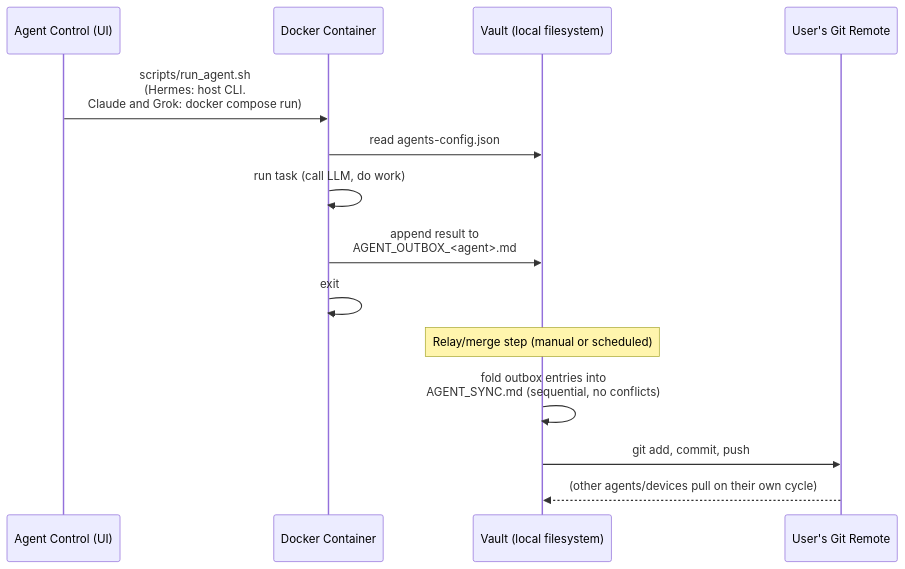
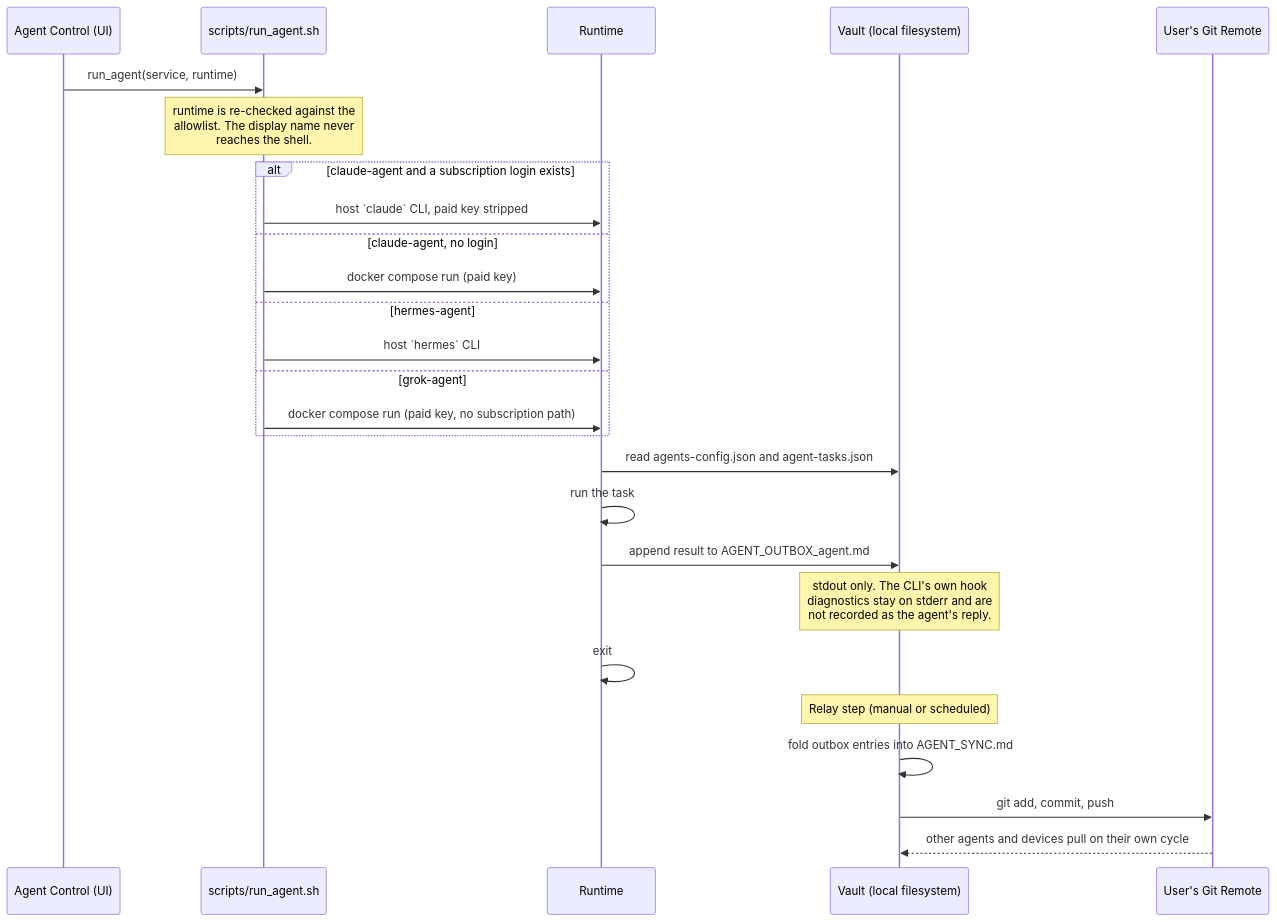
Before and after one commit to jacobcowanr/ValhallaAI: the fourth of 7 diagrams in ARCHITECTURE.md, drawn with Mermaid. The commit also changed other lines of this file and 2 other files, not shown here.

First line of the commit message:
Documentation brought current, with diagrams

````diff
--- a/ARCHITECTURE.md
+++ b/ARCHITECTURE.md
@@ -276,18 +319,30 @@
 ```mermaid
 sequenceDiagram
     participant AC as Agent Control (UI)
-    participant D as Docker Container
+    participant S as scripts/run_agent.sh
+    participant RT as Runtime
     participant V as Vault (local filesystem)
     participant G as User's Git Remote
 
-    AC->>D: scripts/run_agent.sh<br/>(Hermes: host CLI.<br/>Claude and Grok: docker compose run)
-    D->>V: read agents-config.json
-    D->>D: run task (call LLM, do work)
-    D->>V: append result to<br/>AGENT_OUTBOX_<agent>.md
-    D->>D: exit
+    AC->>S: run_agent(service, runtime)
+    Note over S: runtime is re-checked against the<br/>allowlist. The display name never<br/>reaches the shell.
+    alt claude-agent and a subscription login exists
+        S->>RT: host `claude` CLI, paid key stripped
+    else claude-agent, no login
+        S->>RT: docker compose run (paid key)
+    else hermes-agent
+        S->>RT: host `hermes` CLI
+    else grok-agent
+        S->>RT: docker compose run (paid key, no subscription path)
+    end
+    RT->>V: read agents-config.json and agent-tasks.json
+    RT->>RT: run the task
+    RT->>V: append result to AGENT_OUTBOX_agent.md
+    Note over V: stdout only. The CLI's own hook<br/>diagnostics stay on stderr and are<br/>not recorded as the agent's reply.
+    RT->>RT: exit
 
-    Note over V: Relay/merge step (manual or scheduled)
-    V->>V: fold outbox entries into<br/>AGENT_SYNC.md (sequential, no conflicts)
+    Note over V: Relay step (manual or scheduled)
+    V->>V: fold outbox entries into AGENT_SYNC.md
     V->>G: git add, commit, push
-    G-->>V: (other agents/devices pull on their own cycle)
+    G-->>V: other agents and devices pull on their own cycle
 ```
````
